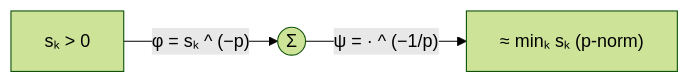
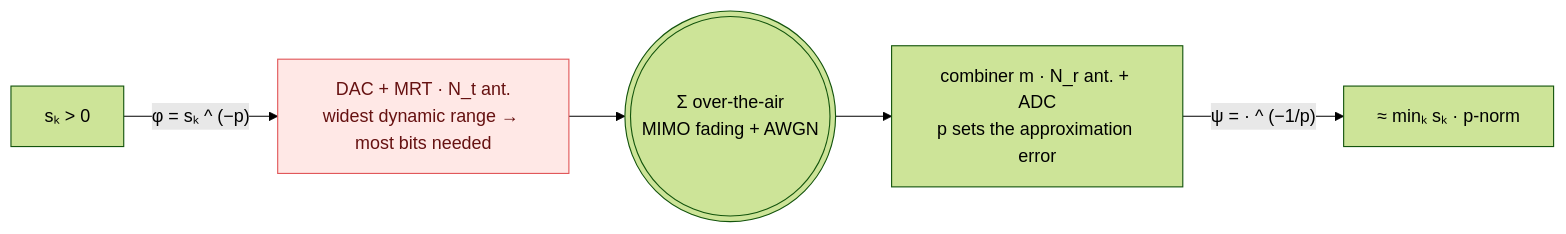
Diagram 13 of 13 in README.md (wincle626/OverAirCompute), drawn with Mermaid (forest theme) before and after one commit. The commit also changed other lines of this file, not shown here.

````diff
--- a/README.md
+++ b/README.md
@@ -316,4 +374,9 @@
 ```mermaid
 flowchart LR
-    a["sₖ > 0"] -->|"φ = sₖ ^ (−p)"| S(("Σ")) -->|"ψ = · ^ (−1/p)"| r["≈ minₖ sₖ  (p-norm)"]
+    s["sₖ > 0"] -->|"φ = sₖ ^ (−p)"| tx["DAC + MRT · N_t ant.<br/>widest dynamic range → most bits needed"]
+    tx --> air((("Σ over-the-air<br/>MIMO fading + AWGN")))
+    air --> rx["combiner m · N_r ant. + ADC<br/>p sets the approximation error"]
+    rx -->|"ψ = · ^ (−1/p)"| r["≈ minₖ sₖ  ·  p-norm"]
+    classDef hot fill:#ffe8e6,stroke:#E15759,color:#611;
+    class tx hot;
 ```
````
